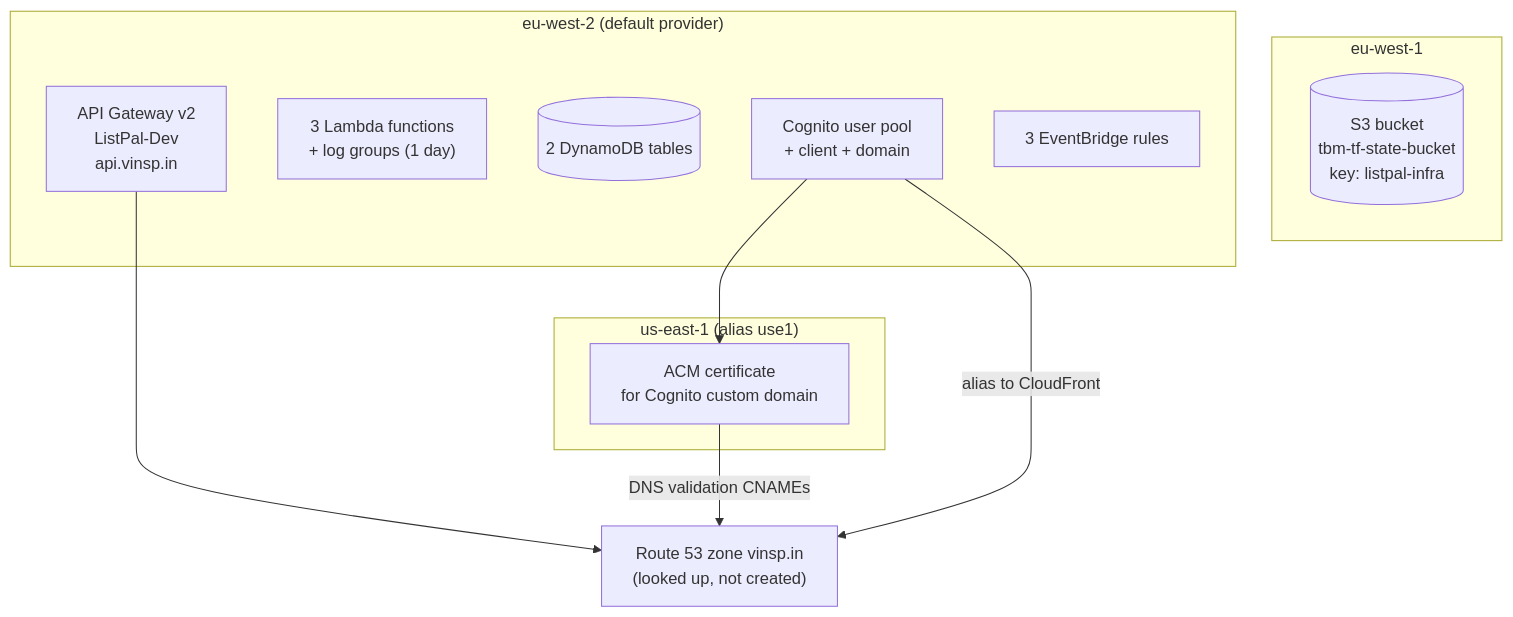
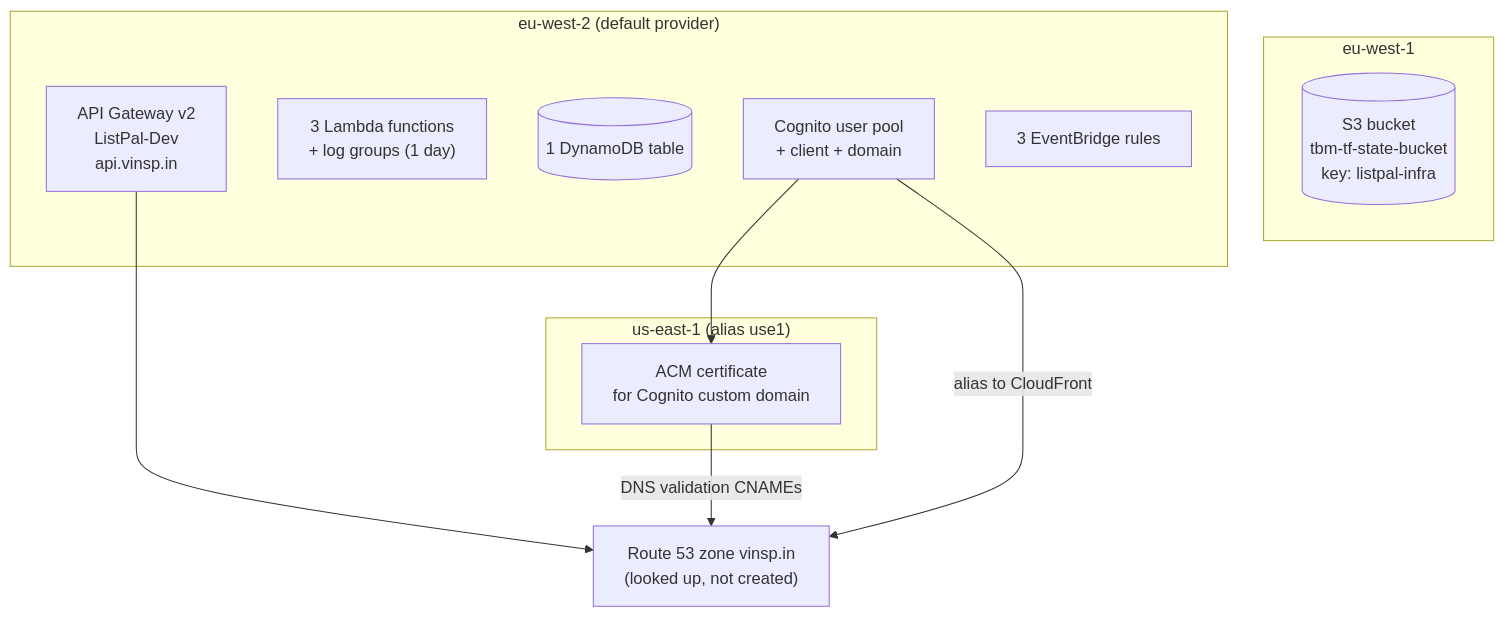
The fourth of 7 diagrams in ARCHITECTURE.md (TomBenjaminMorris/listpal-backend), drawn with Mermaid before and after one commit. The commit also changed other lines of this file and 4 other files, not shown here.

````diff
--- a/ARCHITECTURE.md
+++ b/ARCHITECTURE.md
@@ -209,25 +200,25 @@
 ```mermaid
 flowchart TB
     subgraph euw1["eu-west-1"]
         STATE[("S3 bucket<br/>tbm-tf-state-bucket<br/>key: listpal-infra")]
     end
 
     subgraph euw2["eu-west-2 (default provider)"]
         APIGW["API Gateway v2<br/>ListPal-Dev<br/>api.vinsp.in"]
         L["3 Lambda functions<br/>+ log groups (1 day)"]
-        DDB[("2 DynamoDB tables")]
+        DDB[("1 DynamoDB table")]
         COG["Cognito user pool<br/>+ client + domain"]
         EVB["3 EventBridge rules"]
     end
 
     subgraph use1["us-east-1 (alias use1)"]
         ACM["ACM certificate<br/>for Cognito custom domain"]
     end
 
     R53["Route 53 zone vinsp.in<br/>(looked up, not created)"]
 
     COG --> ACM
     COG -->|"alias to CloudFront"| R53
     APIGW --> R53
     ACM -->|"DNS validation CNAMEs"| R53
 ```
````
